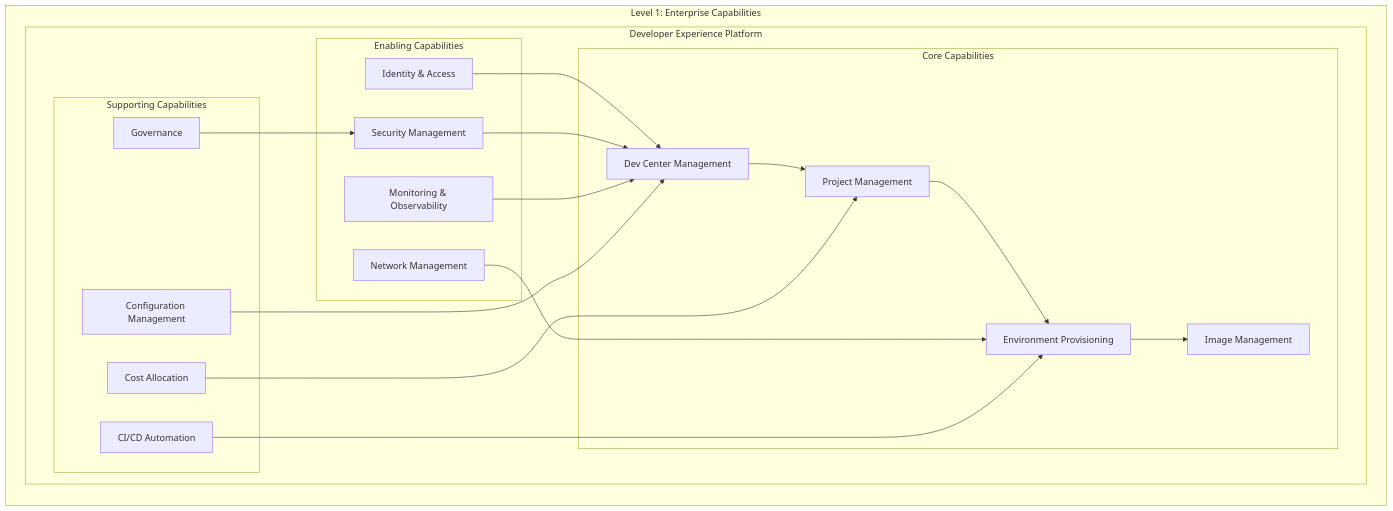
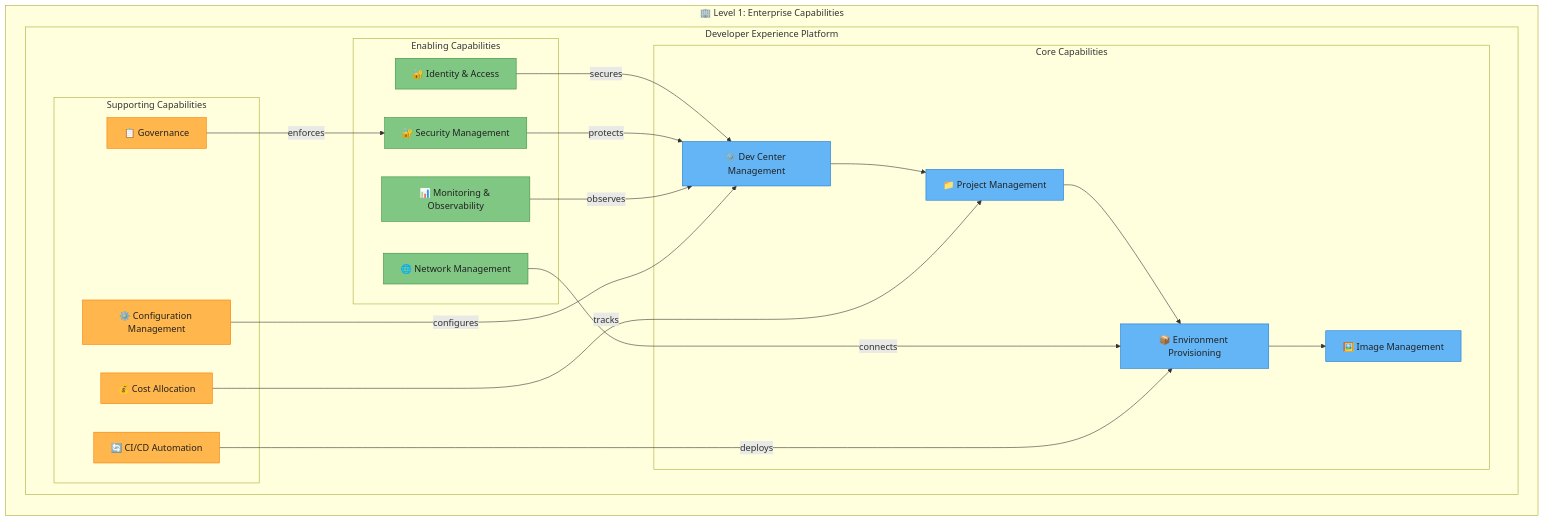
One commit to Evilazaro/DevExp-DevBox changed the second of 5 diagrams in docs/architecture/Business.md. Above: the diagram before and after it, drawn with Mermaid. The commit also changed other lines of this file, not shown here.

Commit message:
docs: enhance Business Architecture diagrams with improved clarity, emoji labels, and Material Design styling

````diff
--- a/docs/architecture/Business.md
+++ b/docs/architecture/Business.md
@@ -128,43 +148,54 @@
 ```mermaid
 flowchart TB
-    subgraph L1["Level 1: Enterprise Capabilities"]
+    direction TB
+
+    subgraph level1["🏢 Level 1: Enterprise Capabilities"]
         direction TB
-        subgraph DevExp["Developer Experience Platform"]
+        subgraph devExpPlatform["Developer Experience Platform"]
             direction LR
-            subgraph L2Core["Core Capabilities"]
-                DC["Dev Center Management"]
-                PM["Project Management"]
-                EP["Environment Provisioning"]
-                IM["Image Management"]
+
+            subgraph coreCapabilities["Core Capabilities"]
+                devCenterMgmt["⚙️ Dev Center Management"]
+                projectMgmt["📁 Project Management"]
+                envProvisioning["📦 Environment Provisioning"]
+                imageMgmt["🖼️ Image Management"]
             end
 
-            subgraph L2Enable["Enabling Capabilities"]
-                IAM["Identity & Access"]
-                SEC["Security Management"]
-                NET["Network Management"]
-                MON["Monitoring & Observability"]
+            subgraph enablingCapabilities["Enabling Capabilities"]
+                identityAccess["🔐 Identity & Access"]
+                securityMgmt["🔐 Security Management"]
+                networkMgmt["🌐 Network Management"]
+                monitoring["📊 Monitoring & Observability"]
             end
 
-            subgraph L2Support["Supporting Capabilities"]
-                CICD["CI/CD Automation"]
-                CFG["Configuration Management"]
-                COST["Cost Allocation"]
-                GOV["Governance"]
+            subgraph supportingCapabilities["Supporting Capabilities"]
+                cicdAutomation["🔄 CI/CD Automation"]
+                configMgmt["⚙️ Configuration Management"]
+                costAllocation["💰 Cost Allocation"]
+                governance["📋 Governance"]
             end
         end
     end
 
-    DC --> PM
-    PM --> EP
-    EP --> IM
+    devCenterMgmt --> projectMgmt
+    projectMgmt --> envProvisioning
+    envProvisioning --> imageMgmt
 
-    IAM --> DC
-    SEC --> DC
-    NET --> EP
-    MON --> DC
+    identityAccess -->|"secures"| devCenterMgmt
+    securityMgmt -->|"protects"| devCenterMgmt
+    networkMgmt -->|"connects"| envProvisioning
+    monitoring -->|"observes"| devCenterMgmt
 
-    CICD --> EP
-    CFG --> DC
-    COST --> PM
-    GOV --> SEC
+    cicdAutomation -->|"deploys"| envProvisioning
+    configMgmt -->|"configures"| devCenterMgmt
+    costAllocation -->|"tracks"| projectMgmt
+    governance -->|"enforces"| securityMgmt
+
+    classDef coreCapability fill:#64B5F6,stroke:#1976D2,color:#212121
+    classDef enablingCapability fill:#81C784,stroke:#388E3C,color:#212121
+    classDef supportCapability fill:#FFB74D,stroke:#F57C00,color:#212121
+
+    class devCenterMgmt,projectMgmt,envProvisioning,imageMgmt coreCapability
+    class identityAccess,securityMgmt,networkMgmt,monitoring enablingCapability
+    class cicdAutomation,configMgmt,costAllocation,governance supportCapability
 ```
````
